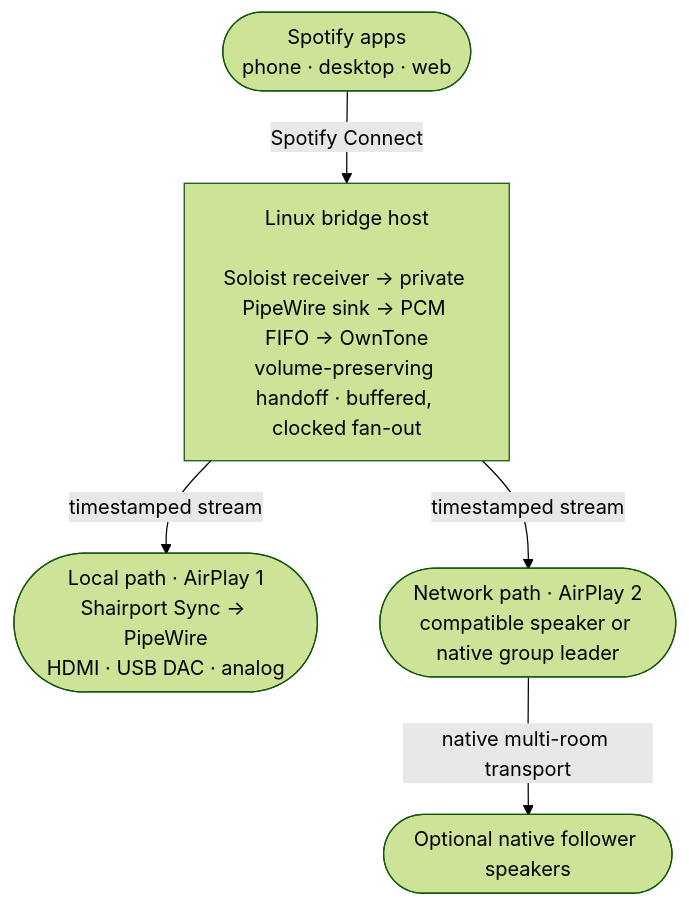
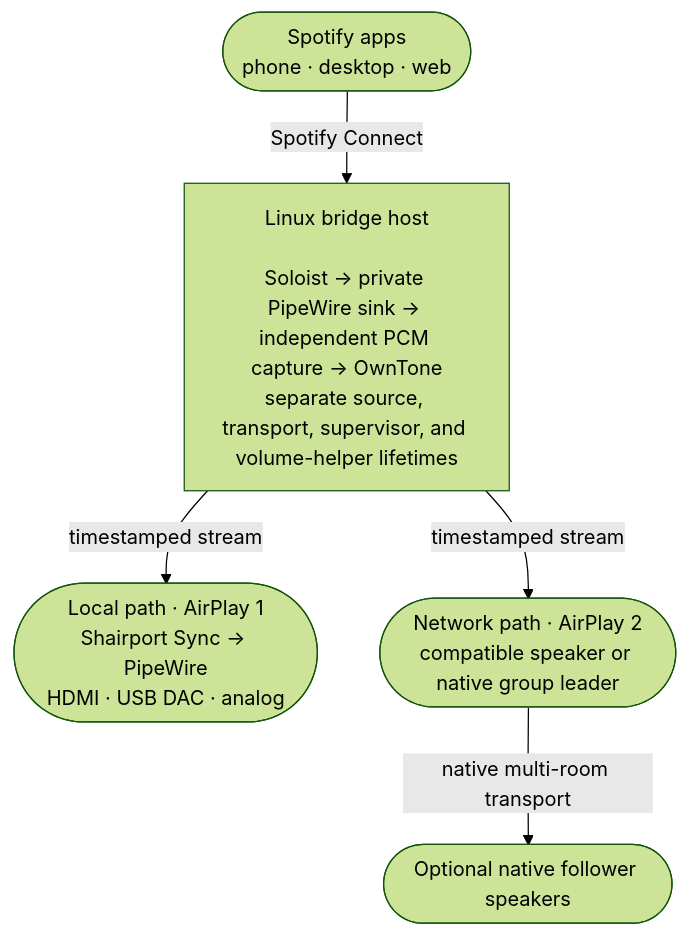
The diagram in README.md (kwiens/wiim-pc-bridge), drawn with Mermaid (forest theme) before and after one commit. The commit also changed other lines of this file and 41 other files, not shown here.

Commit message:
Harden bridge recovery and capture isolation

````diff
--- a/README.md
+++ b/README.md
@@ -15,13 +15,13 @@
 ```mermaid
 flowchart TB
     spotify(["Spotify apps<br/>phone · desktop · web"])
-    pipeline["Linux bridge host<br/><br/>Soloist receiver → private PipeWire sink → PCM FIFO → OwnTone<br/>volume-preserving handoff · buffered, clocked fan-out"]
+    pipeline["Linux bridge host<br/><br/>Soloist → private PipeWire sink → independent PCM capture → OwnTone<br/>separate source, transport, supervisor, and volume-helper lifetimes"]
     local(["Local path · AirPlay 1<br/>Shairport Sync → PipeWire<br/>HDMI · USB DAC · analog"])
     leader(["Network path · AirPlay 2<br/>compatible speaker or native group leader"])
     followers(["Optional native follower speakers"])
 
     spotify -->|"Spotify Connect"| pipeline
     pipeline -->|"timestamped stream"| local
     pipeline -->|"timestamped stream"| leader
     leader -->|"native multi-room transport"| followers
 ```
````
